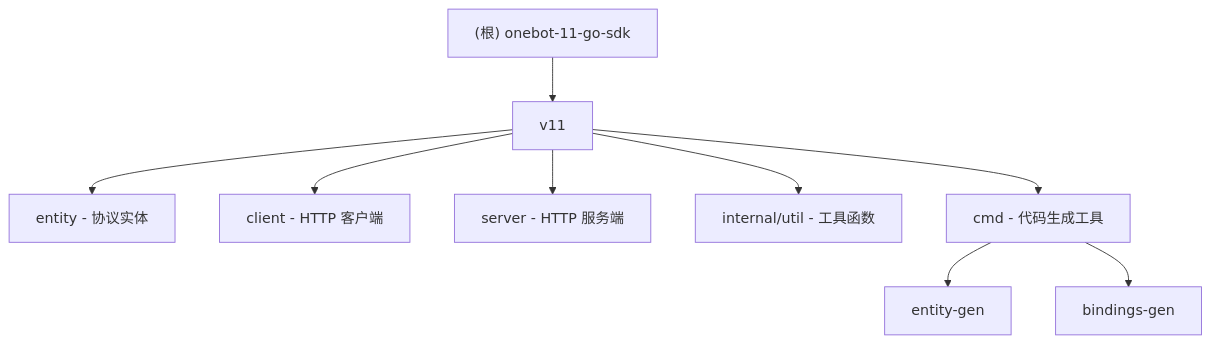
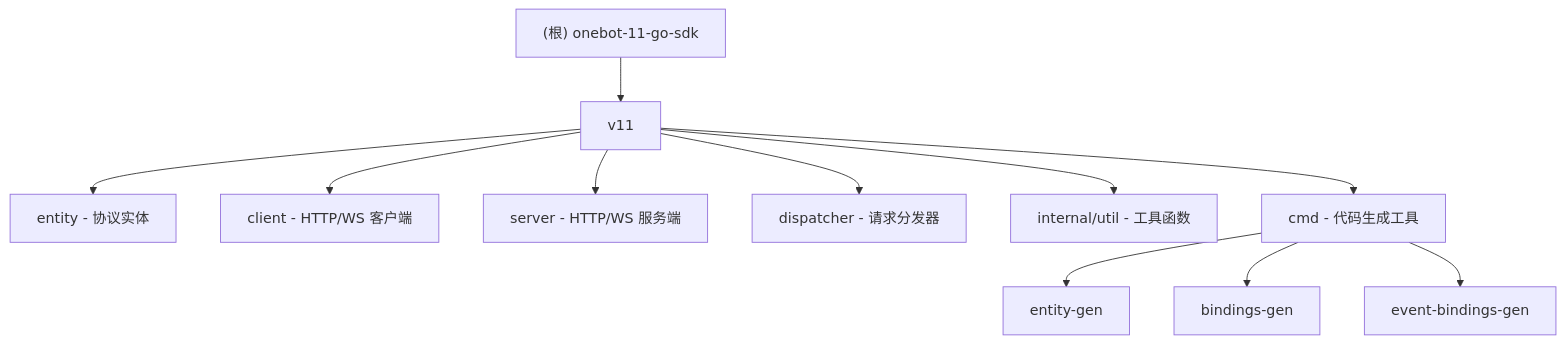
Before and after one commit to q1bksuu/onebot-go-sdk: the diagram in CLAUDE.md, drawn with Mermaid. The commit also changed other lines of this file and 26 other files, not shown here.

````diff
--- a/CLAUDE.md
+++ b/CLAUDE.md
@@ -57,18 +68,20 @@
 ```mermaid
 graph TD
     A["(根) onebot-11-go-sdk"] --> B["v11"];
     B --> C["entity - 协议实体"];
-    B --> D["client - HTTP 客户端"];
-    B --> E["server - HTTP 服务端"];
-    B --> F["internal/util - 工具函数"];
-    B --> G["cmd - 代码生成工具"];
-    G --> H["entity-gen"];
-    G --> I["bindings-gen"];
+    B --> D["client - HTTP/WS 客户端"];
+    B --> E["server - HTTP/WS 服务端"];
+    B --> F["dispatcher - 请求分发器"];
+    B --> G["internal/util - 工具函数"];
+    B --> H["cmd - 代码生成工具"];
+    H --> I["entity-gen"];
+    H --> J["bindings-gen"];
+    H --> K["event-bindings-gen"];
 
     click C "./v11/entity/CLAUDE.md" "查看 entity 模块文档"
     click D "./v11/client/CLAUDE.md" "查看 client 模块文档"
     click E "./v11/server/CLAUDE.md" "查看 server 模块文档"
-    click F "./v11/internal/util/CLAUDE.md" "查看 util 模块文档"
-    click H "./v11/cmd/entity-gen/CLAUDE.md" "查看 entity-gen 文档"
-    click I "./v11/cmd/bindings-gen/CLAUDE.md" "查看 bindings-gen 文档"
+    click G "./v11/internal/util/CLAUDE.md" "查看 util 模块文档"
+    click I "./v11/cmd/entity-gen/CLAUDE.md" "查看 entity-gen 文档"
+    click J "./v11/cmd/bindings-gen/CLAUDE.md" "查看 bindings-gen 文档"
 ```
````
